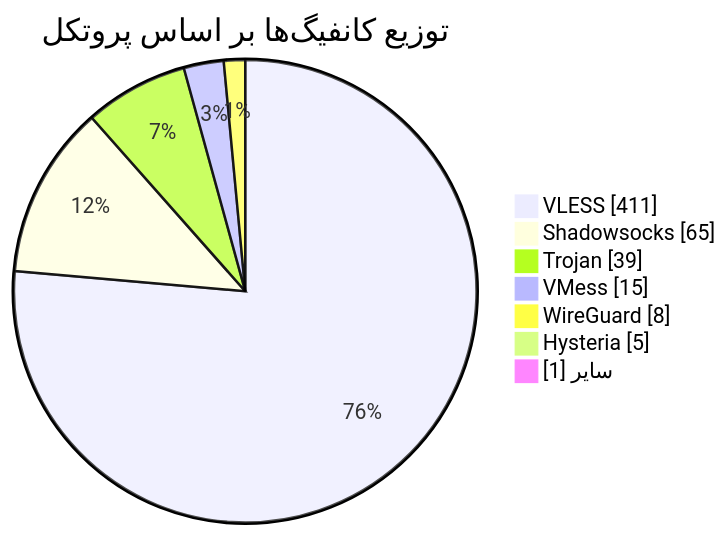
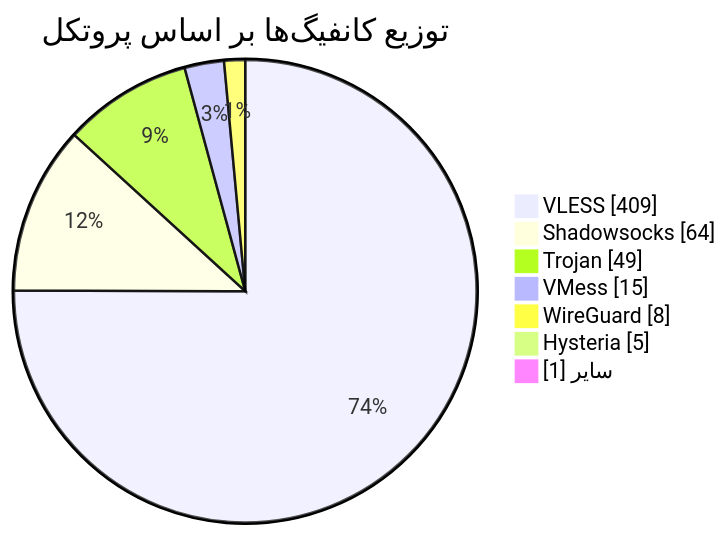
Before and after one commit to Arian-Alijani/Somthing: the diagram in README.md, drawn with Mermaid. The commit also changed other lines of this file and 17 other files, not shown here.

````diff
--- a/README.md
+++ b/README.md
@@ -49,11 +49,11 @@
 ```mermaid
 pie showData
     title توزیع کانفیگ‌ها بر اساس پروتکل
-    "VLESS" : 411
-    "Shadowsocks" : 65
-    "Trojan" : 39
+    "VLESS" : 409
+    "Shadowsocks" : 64
+    "Trojan" : 49
     "VMess" : 15
     "WireGuard" : 8
     "Hysteria" : 5
     "سایر" : 1
 ```
````
